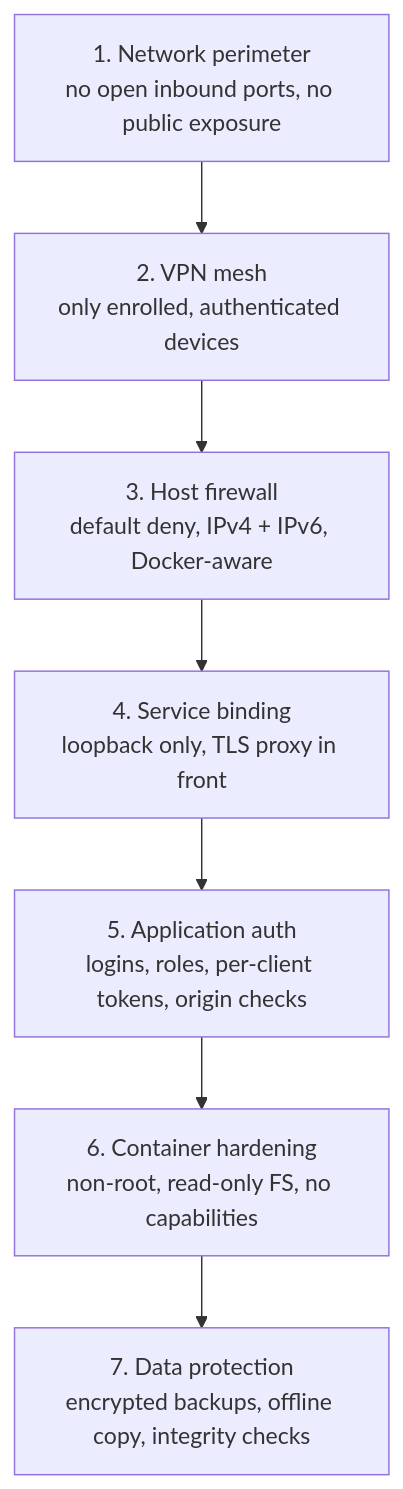
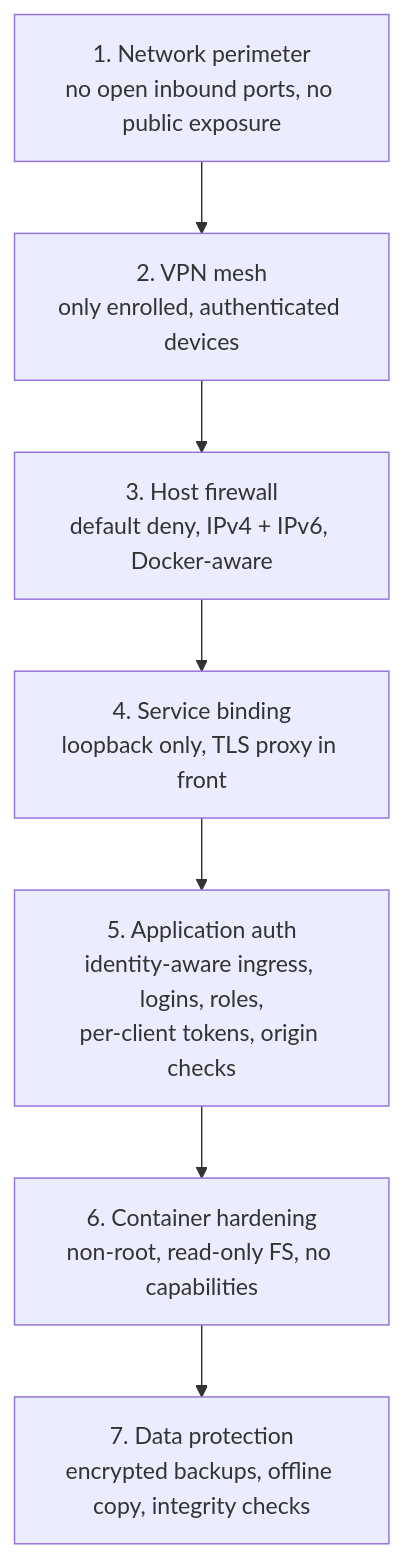
Before and after one commit to KTV02/homelab: the diagram in docs/security.md, drawn with Mermaid. The commit also changed other lines of this file and 9 other files, not shown here.

````diff
--- a/docs/security.md
+++ b/docs/security.md
@@ -7,11 +7,11 @@
 ```mermaid
 flowchart TB
     L1["1. Network perimeter<br/>no open inbound ports, no public exposure"]
     L2["2. VPN mesh<br/>only enrolled, authenticated devices"]
     L3["3. Host firewall<br/>default deny, IPv4 + IPv6, Docker-aware"]
     L4["4. Service binding<br/>loopback only, TLS proxy in front"]
-    L5["5. Application auth<br/>logins, roles, per-client tokens, origin checks"]
+    L5["5. Application auth<br/>identity-aware ingress, logins, roles,<br/>per-client tokens, origin checks"]
     L6["6. Container hardening<br/>non-root, read-only FS, no capabilities"]
     L7["7. Data protection<br/>encrypted backups, offline copy, integrity checks"]
     L1 --> L2 --> L3 --> L4 --> L5 --> L6 --> L7
 ```
````
